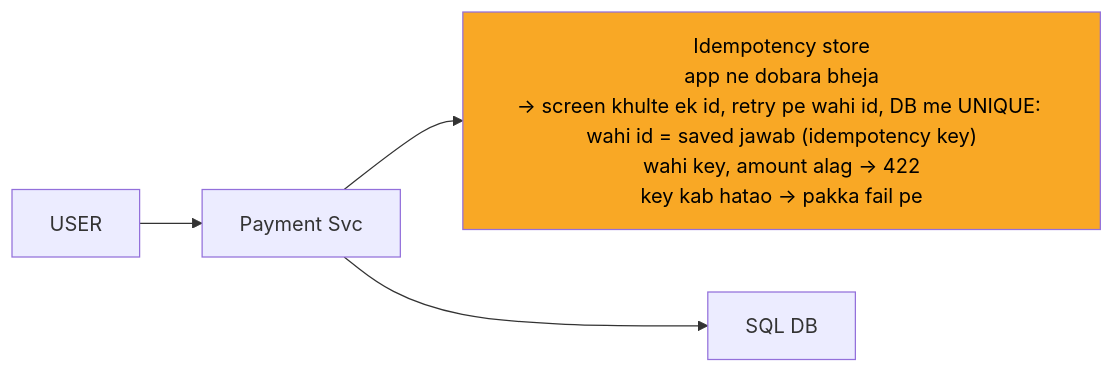
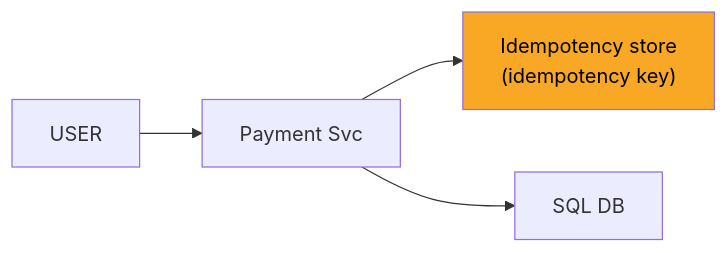
One commit to ArpanMaheshwari144/Prep changed the diagram in 04_HLD/SYSTEM_DESIGNS/06_payment_system/img/c3.mmd. Above: the diagram before and after it, drawn with Mermaid. The commit also changed 156 other files, not shown here.

```diff
--- a/04_HLD/SYSTEM_DESIGNS/06_payment_system/img/c3.mmd
+++ b/04_HLD/SYSTEM_DESIGNS/06_payment_system/img/c3.mmd
@@ -1,10 +1,10 @@
 %%{init: {"flowchart": {"wrappingWidth": 450}}}%%
 flowchart LR
     n_USER["USER"]
     n_Payment_Svc["Payment Svc"]
-    n_Idempotency_store["Idempotency store<br/>app ne dobara bheja<br/>-> screen khulte ek id, retry pe wahi id, DB me UNIQUE: wahi id = saved jawab (idempotency key)<br/>wahi key, amount alag -> 422<br/>key kab hatao -> pakka fail pe"]
+    n_Idempotency_store["Idempotency store<br/>(idempotency key)"]
     n_DB["SQL DB"]
     n_USER --> n_Payment_Svc
     n_Payment_Svc --> n_Idempotency_store
     n_Payment_Svc --> n_DB
     style n_Idempotency_store fill:#f9a825,color:#000
```
